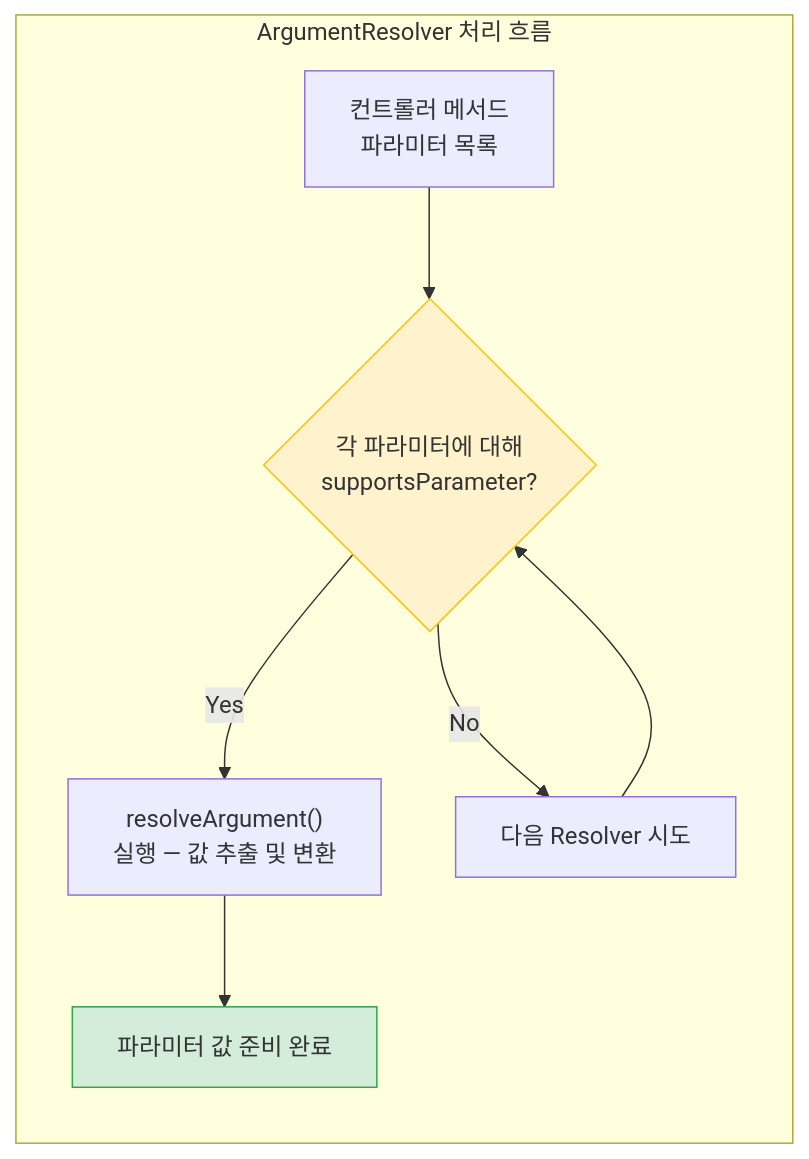
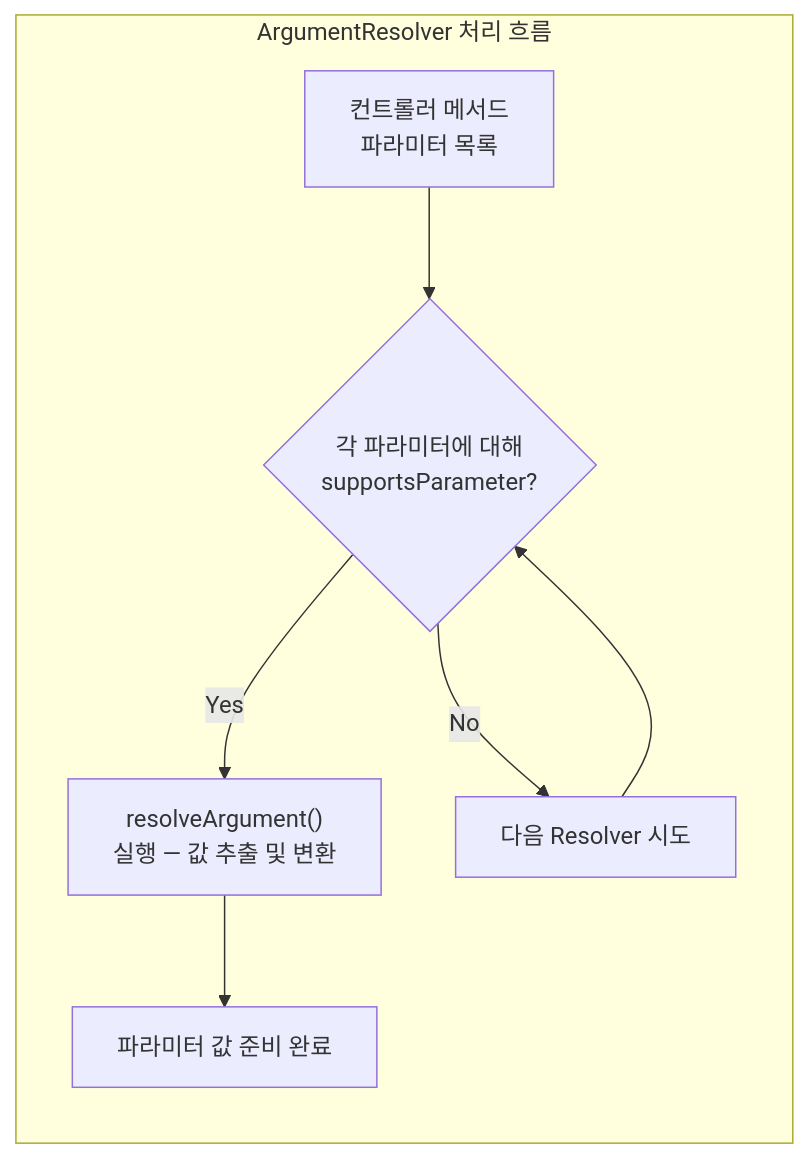
The fifth of 14 diagrams in _posts/spring/2026-05-02-spring-mvc-deep.md (yjkim2015/yjkim2015.github.io), drawn with Mermaid before and after one commit. The commit also changed other lines of this file and 215 other files, not shown here.

First line of the commit message:
신규 포스트 10개 추가 + Mermaid 전면 축소 + SystemDesign 시리즈 보강

````diff
--- a/_posts/spring/2026-05-02-spring-mvc-deep.md
+++ b/_posts/spring/2026-05-02-spring-mvc-deep.md
@@ -320,15 +269,10 @@
 ```mermaid
 graph LR
     subgraph "ArgumentResolver 처리 흐름"
         A["컨트롤러 메서드\n파라미터 목록"] --> B{"각 파라미터에 대해\nsupportsParameter?"}
         B -->|"Yes"| C["resolveArgument()\n실행 — 값 추출 및 변환"]
         B -->|"No"| D["다음 Resolver 시도"]
         C --> E["파라미터 값 준비 완료"]
         D --> B
     end
-
-    classDef check fill:#fff3cd,stroke:#ffc107
-    classDef ok fill:#d4edda,stroke:#28a745
-    class B check
-    class E ok
 ```
````
